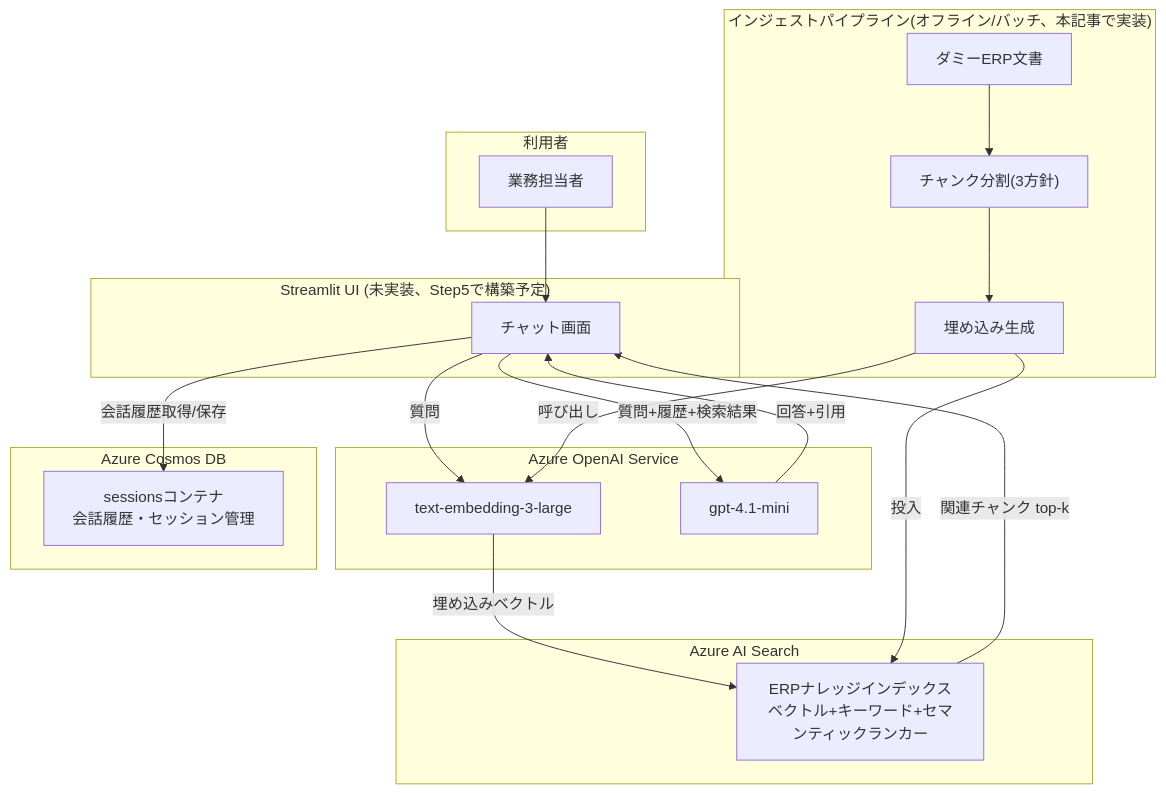
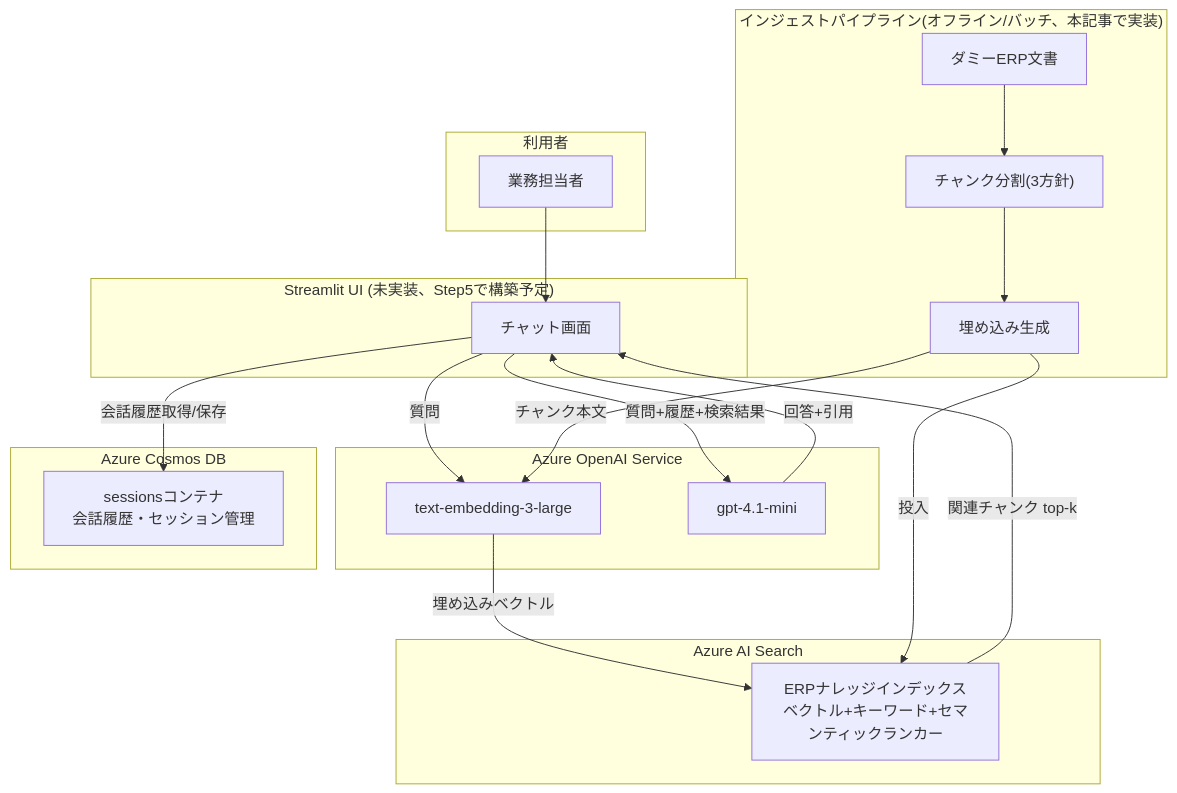
The diagram in articles/azure-rag-navigator-build.md (yuninaka/zenn-content), drawn with Mermaid before and after one commit.

Commit message:
docs: use noun-phrase edge label consistent with the diagram's other labels
"呼び出し" (a verb) read as inconsistent next to the diagram's other edge
labels, which are all noun phrases describing what flows along the edge
(質問, 埋め込みベクトル, 投入, etc). Changed to "チャンク本文". Re-verified
with mermaid-cli: renders with no syntax errors.

Claude-Session: https://claude.ai/code/session_01LnEXWe5TRdRKpj2RextPMN

````diff
--- a/articles/azure-rag-navigator-build.md
+++ b/articles/azure-rag-navigator-build.md
@@ -46,36 +46,36 @@
 ```mermaid
 flowchart TB
     subgraph Client["利用者"]
         User["業務担当者"]
     end
     subgraph UI["Streamlit UI (未実装、Step5で構築予定)"]
         Chat["チャット画面"]
     end
     subgraph AOAI["Azure OpenAI Service"]
         Embed["text-embedding-3-large"]
         GPT["gpt-4.1-mini"]
     end
     subgraph Search["Azure AI Search"]
         Index["ERPナレッジインデックス<br/>ベクトル+キーワード+セマンティックランカー"]
     end
     subgraph Cosmos["Azure Cosmos DB"]
         Sessions["sessionsコンテナ<br/>会話履歴・セッション管理"]
     end
 
     User --> Chat
     Chat -->|質問| Embed
     Embed -->|埋め込みベクトル| Index
     Chat -->|会話履歴取得/保存| Sessions
     Index -->|関連チャンク top-k| Chat
     Chat -->|質問+履歴+検索結果| GPT
     GPT -->|回答+引用| Chat
 
     subgraph Ingest["インジェストパイプライン(オフライン/バッチ、本記事で実装)"]
         Docs["ダミーERP文書"]
         Chunk["チャンク分割(3方針)"]
         EmbedBatch["埋め込み生成"]
     end
     Docs --> Chunk --> EmbedBatch
-    EmbedBatch -->|呼び出し| Embed
+    EmbedBatch -->|チャンク本文| Embed
     EmbedBatch -->|投入| Index
 ```
````
